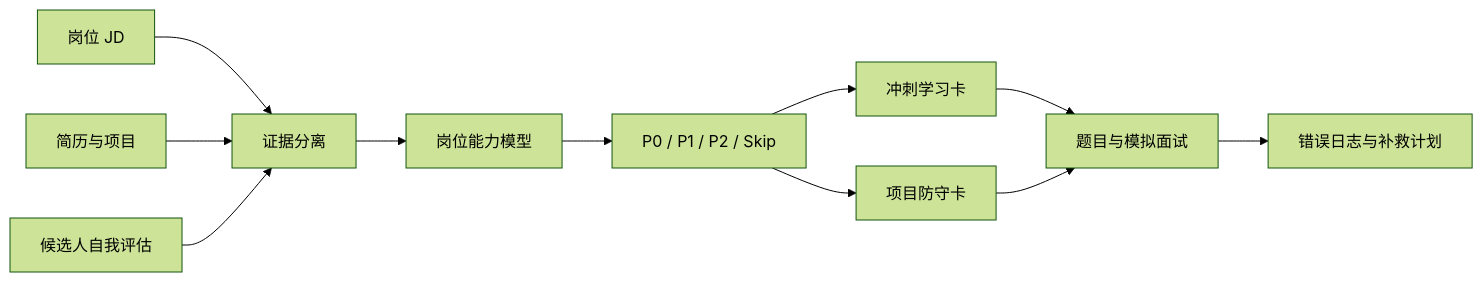
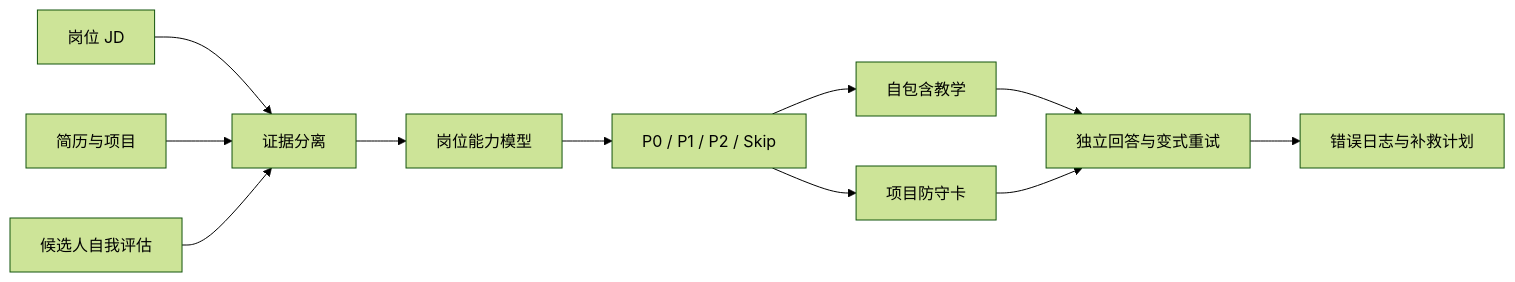
The diagram in README.md (hsmymb/interview-crash-coach), drawn with Mermaid (forest theme) before and after one commit. The commit also changed other lines of this file and 9 other files, not shown here.

````diff
--- a/README.md
+++ b/README.md
@@ -139,13 +150,13 @@
 ```mermaid
 flowchart LR
     A["岗位 JD"] --> D["证据分离"]
     B["简历与项目"] --> D
     C["候选人自我评估"] --> D
     D --> E["岗位能力模型"]
     E --> F["P0 / P1 / P2 / Skip"]
-    F --> G["冲刺学习卡"]
+    F --> G["自包含教学"]
     F --> H["项目防守卡"]
-    G --> I["题目与模拟面试"]
+    G --> I["独立回答与变式重试"]
     H --> I
     I --> J["错误日志与补救计划"]
 ```
````
